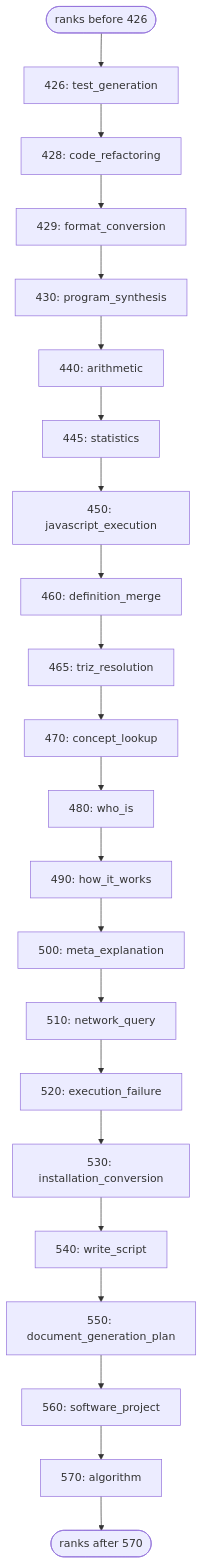
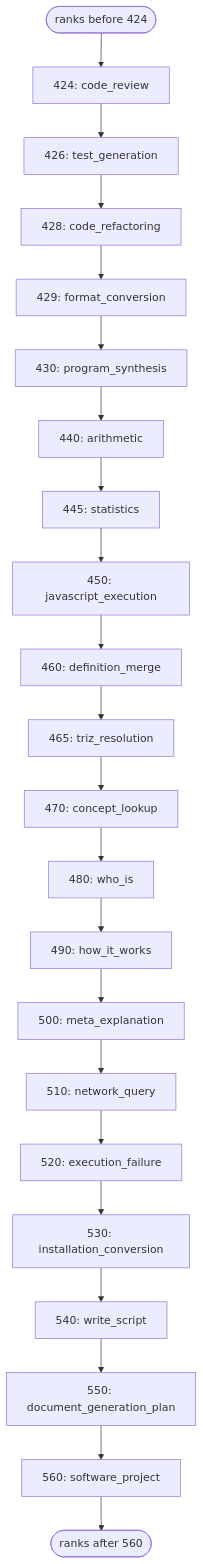
The fifth of 6 diagrams in docs/diagrams/solver-handlers.md (link-assistant/formal-ai), drawn with Mermaid before and after one commit. The commit also changed other lines of this file and 406 other files, not shown here.

````diff
--- a/docs/diagrams/solver-handlers.md
+++ b/docs/diagrams/solver-handlers.md
@@ -216,25 +216,25 @@
 ```mermaid
 flowchart TD
-    before_5(["ranks before 426"])
-    before_5 --> h_test_generation["426: test_generation"]
+    before_5(["ranks before 424"])
+    before_5 --> h_code_review["424: code_review"]
+    h_code_review --> h_test_generation["426: test_generation"]
     h_test_generation --> h_code_refactoring["428: code_refactoring"]
     h_code_refactoring --> h_format_conversion["429: format_conversion"]
     h_format_conversion --> h_program_synthesis["430: program_synthesis"]
     h_program_synthesis --> h_arithmetic["440: arithmetic"]
     h_arithmetic --> h_statistics["445: statistics"]
     h_statistics --> h_javascript_execution["450: javascript_execution"]
     h_javascript_execution --> h_definition_merge["460: definition_merge"]
     h_definition_merge --> h_triz_resolution["465: triz_resolution"]
     h_triz_resolution --> h_concept_lookup["470: concept_lookup"]
     h_concept_lookup --> h_who_is["480: who_is"]
     h_who_is --> h_how_it_works["490: how_it_works"]
     h_how_it_works --> h_meta_explanation["500: meta_explanation"]
     h_meta_explanation --> h_network_query["510: network_query"]
     h_network_query --> h_execution_failure["520: execution_failure"]
     h_execution_failure --> h_installation_conversion["530: installation_conversion"]
     h_installation_conversion --> h_write_script["540: write_script"]
     h_write_script --> h_document_generation_plan["550: document_generation_plan"]
     h_document_generation_plan --> h_software_project["560: software_project"]
-    h_software_project --> h_algorithm["570: algorithm"]
-    h_algorithm --> after_5(["ranks after 570"])
+    h_software_project --> after_5(["ranks after 560"])
 ```
````
